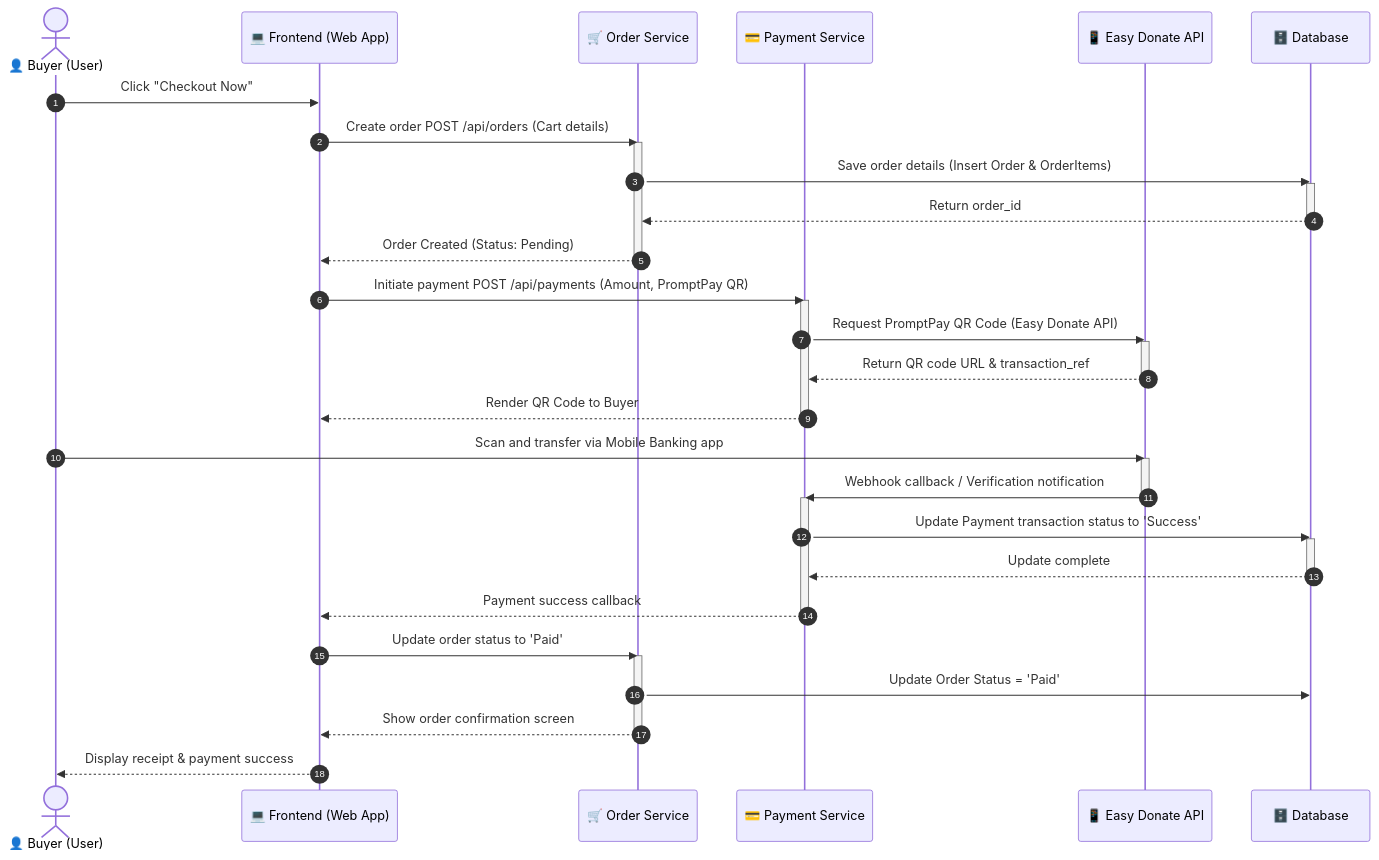
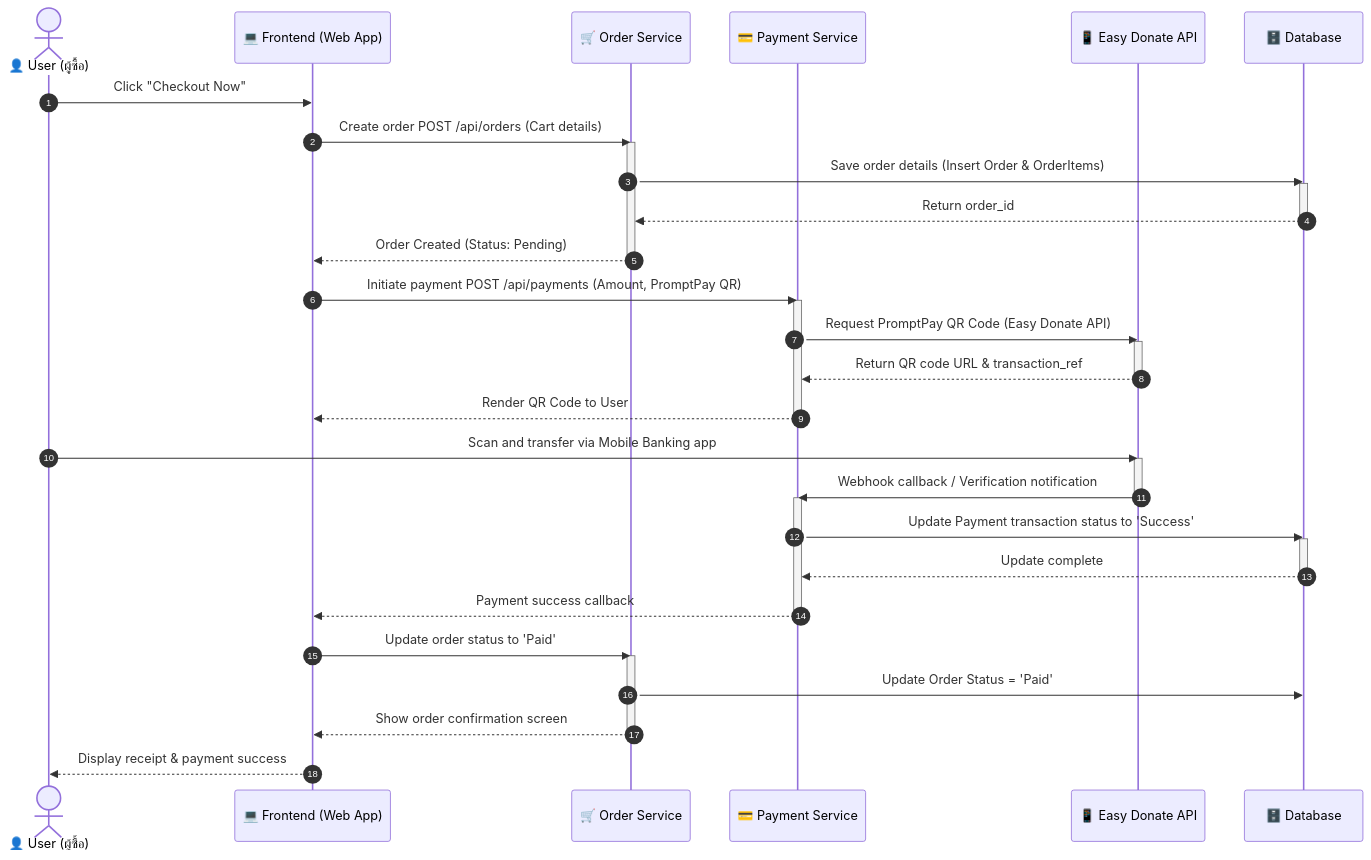
One commit to sShinjikubs/WatchMarket changed the third of 6 diagrams in analysis_design.md. Above: the diagram before and after it, drawn with Mermaid. The commit also changed other lines of this file, not shown here.

Commit message:
doc: rename Buyer to User in sequence diagram actor and labels

````diff
--- a/analysis_design.md
+++ b/analysis_design.md
@@ -312,48 +312,48 @@
 ```mermaid
 sequenceDiagram
     autonumber
-    actor Buyer as 👤 Buyer (User)
+    actor User as 👤 User (ผู้ซื้อ)
     participant UI as 💻 Frontend (Web App)
     participant OrderSvc as 🛒 Order Service
     participant PaySvc as 💳 Payment Service
     participant BankAPI as 📱 Easy Donate API
     participant DB as 🗄️ Database
 
-    Buyer->>UI: Click "Checkout Now"
+    User->>UI: Click "Checkout Now"
     UI->>OrderSvc: Create order POST /api/orders (Cart details)
     activate OrderSvc
     OrderSvc->>DB: Save order details (Insert Order & OrderItems)
     activate DB
     DB-->>OrderSvc: Return order_id
     deactivate DB
     OrderSvc-->>UI: Order Created (Status: Pending)
     deactivate OrderSvc
 
     UI->>PaySvc: Initiate payment POST /api/payments (Amount, PromptPay QR)
     activate PaySvc
     PaySvc->>BankAPI: Request PromptPay QR Code (Easy Donate API)
     activate BankAPI
     BankAPI-->>PaySvc: Return QR code URL & transaction_ref
     deactivate BankAPI
-    PaySvc-->>UI: Render QR Code to Buyer
+    PaySvc-->>UI: Render QR Code to User
     deactivate PaySvc
 
-    Buyer->>BankAPI: Scan and transfer via Mobile Banking app
+    User->>BankAPI: Scan and transfer via Mobile Banking app
     activate BankAPI
     BankAPI->>PaySvc: Webhook callback / Verification notification
     deactivate BankAPI
     activate PaySvc
     PaySvc->>DB: Update Payment transaction status to 'Success'
     activate DB
     DB-->>PaySvc: Update complete
     deactivate DB
     PaySvc-->>UI: Payment success callback
     deactivate PaySvc
 
     UI->>OrderSvc: Update order status to 'Paid'
     activate OrderSvc
     OrderSvc->>DB: Update Order Status = 'Paid'
     OrderSvc-->>UI: Show order confirmation screen
     deactivate OrderSvc
-    UI-->>Buyer: Display receipt & payment success
+    UI-->>User: Display receipt & payment success
 ```
````
